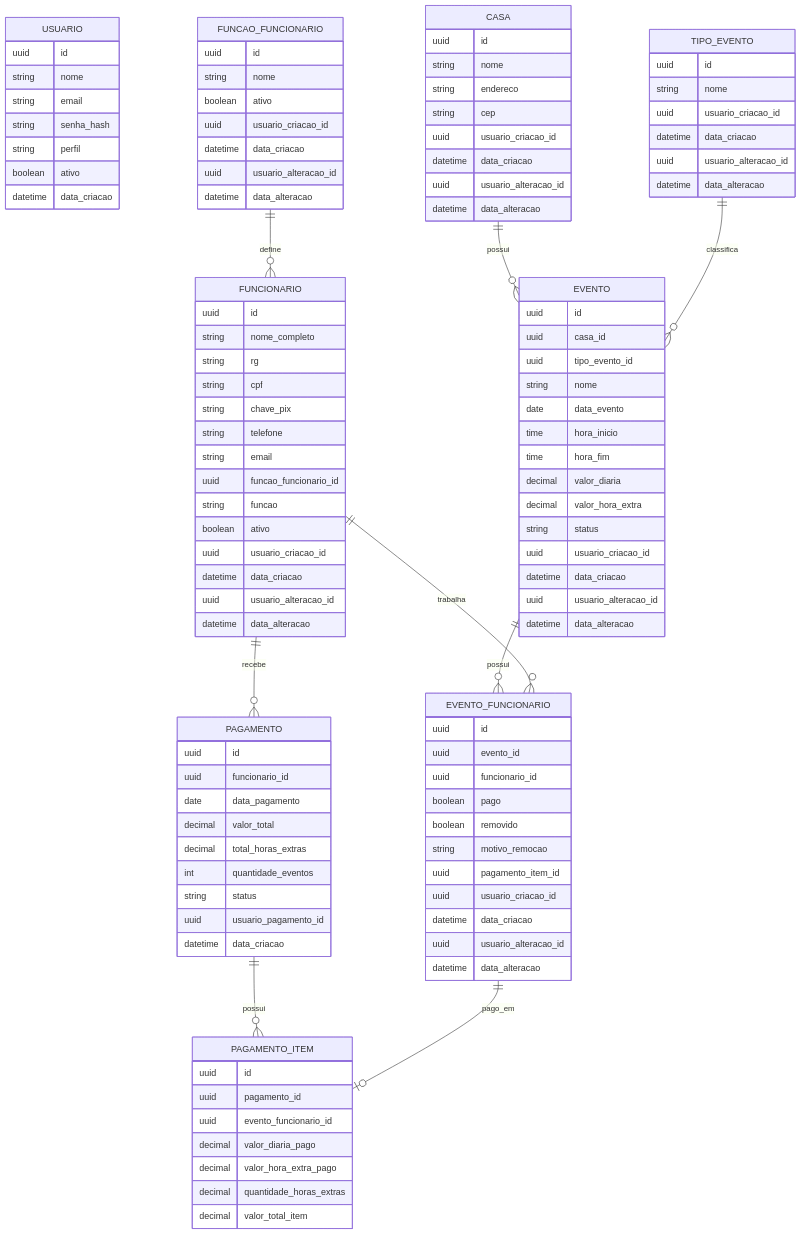
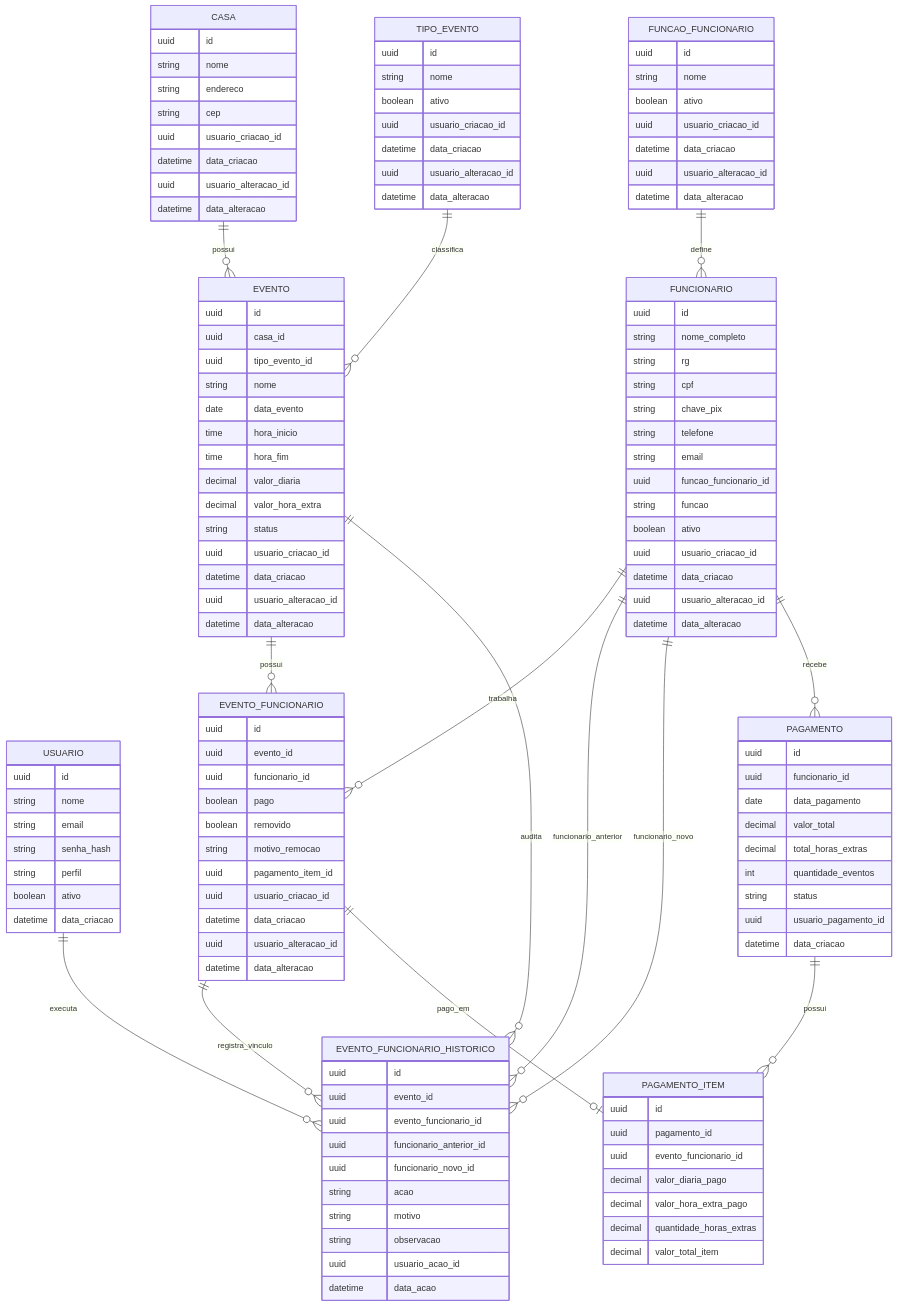
Before and after one commit to AntonioNetoOl/tag-gestao-seguranca: the diagram in docs/modelagem/modelo-entidade-relacionamento.md, drawn with Mermaid. The commit also changed other lines of this file, not shown here.

Commit message:
docs: atualizar ER com historico de escala

```diff
--- a/docs/modelagem/modelo-entidade-relacionamento.md
+++ b/docs/modelagem/modelo-entidade-relacionamento.md
@@ -53,6 +53,7 @@
     TIPO_EVENTO {
         uuid id
         string nome
+        boolean ativo
         uuid usuario_criacao_id
         datetime data_criacao
         uuid usuario_alteracao_id
@@ -90,6 +91,19 @@
         datetime data_alteracao
     }
 
+    EVENTO_FUNCIONARIO_HISTORICO {
+        uuid id
+        uuid evento_id
+        uuid evento_funcionario_id
+        uuid funcionario_anterior_id
+        uuid funcionario_novo_id
+        string acao
+        string motivo
+        string observacao
+        uuid usuario_acao_id
+        datetime data_acao
+    }
+
     PAGAMENTO {
         uuid id
         uuid funcionario_id
@@ -117,6 +131,11 @@
     TIPO_EVENTO ||--o{ EVENTO : classifica
     EVENTO ||--o{ EVENTO_FUNCIONARIO : possui
     FUNCIONARIO ||--o{ EVENTO_FUNCIONARIO : trabalha
+    EVENTO ||--o{ EVENTO_FUNCIONARIO_HISTORICO : audita
+    EVENTO_FUNCIONARIO ||--o{ EVENTO_FUNCIONARIO_HISTORICO : registra_vinculo
+    FUNCIONARIO ||--o{ EVENTO_FUNCIONARIO_HISTORICO : funcionario_anterior
+    FUNCIONARIO ||--o{ EVENTO_FUNCIONARIO_HISTORICO : funcionario_novo
+    USUARIO ||--o{ EVENTO_FUNCIONARIO_HISTORICO : executa
     FUNCIONARIO ||--o{ PAGAMENTO : recebe
     PAGAMENTO ||--o{ PAGAMENTO_ITEM : possui
     EVENTO_FUNCIONARIO ||--o| PAGAMENTO_ITEM : pago_em
```
